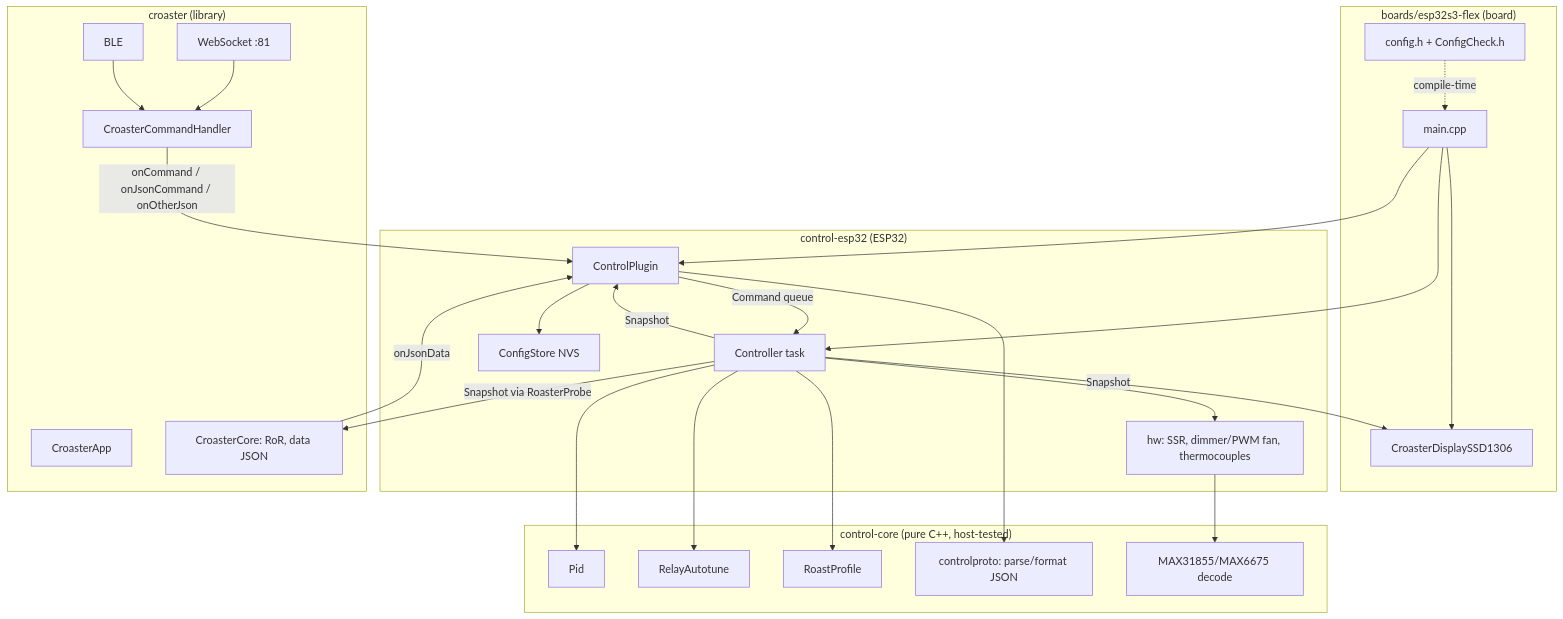
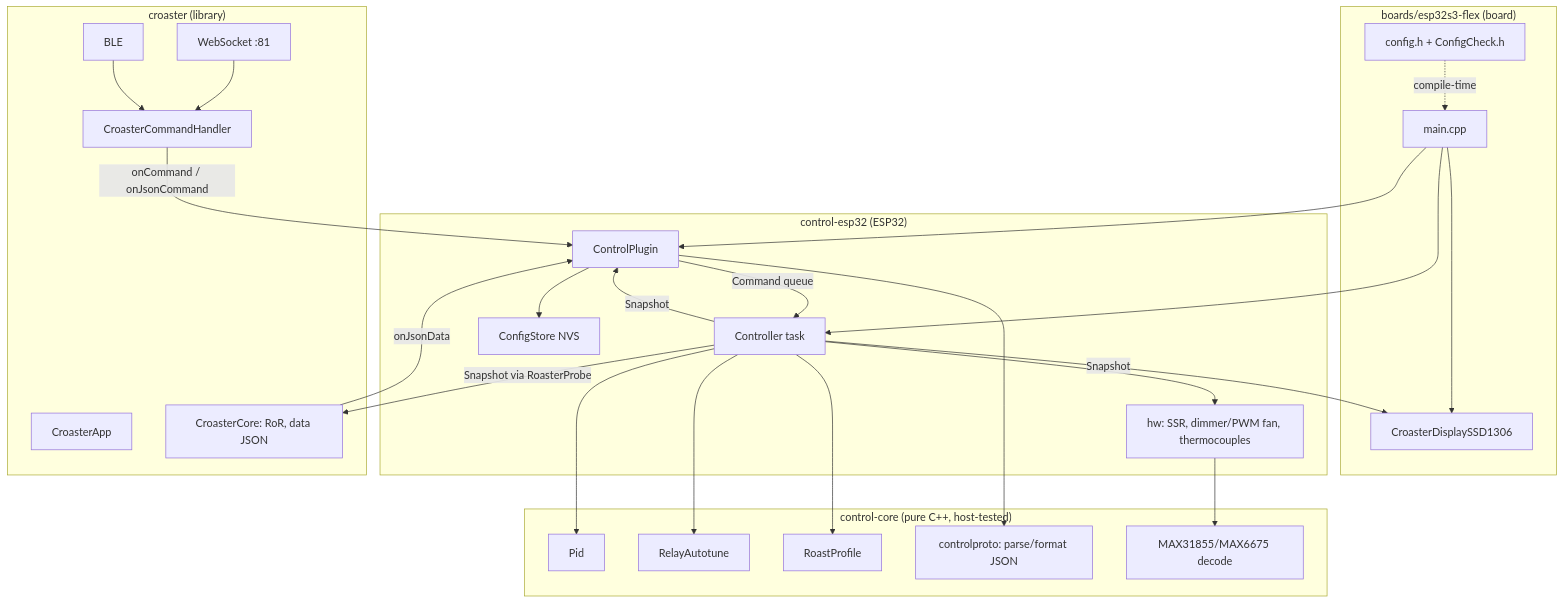
The diagram in docs/architecture.md (shawns1234/Croaster), drawn with Mermaid before and after one commit. The commit also changed other lines of this file and 15 other files, not shown here.

First line of the commit message:
Drop yaeger flat-key messages and the onOtherJson core hook (D8)

````diff
--- a/docs/architecture.md
+++ b/docs/architecture.md
@@ -59,40 +59,40 @@
 ```mermaid
 flowchart TB
     subgraph board["boards/esp32s3-flex (board)"]
         CFG[config.h + ConfigCheck.h]
         MAIN[main.cpp]
         OLED[CroasterDisplaySSD1306]
     end
     subgraph rc["control-esp32 (ESP32)"]
         PLUG[ControlPlugin]
         R[Controller task]
         HW[hw: SSR, dimmer/PWM fan, thermocouples]
         NVS[ConfigStore NVS]
     end
     subgraph core["control-core (pure C++, host-tested)"]
         PID[Pid]
         AT[RelayAutotune]
         PROF[RoastProfile]
         PROTO[controlproto: parse/format JSON]
         DEC[MAX31855/MAX6675 decode]
     end
     subgraph cl["croaster (library)"]
         APP[CroasterApp]
         CMD[CroasterCommandHandler]
         CORE[CroasterCore: RoR, data JSON]
         WS[WebSocket :81]
         BLE[BLE]
     end
     MAIN --> PLUG & R & OLED
     CFG -.compile-time.-> MAIN
     WS & BLE --> CMD
-    CMD -- onCommand / onJsonCommand / onOtherJson --> PLUG
+    CMD -- onCommand / onJsonCommand --> PLUG
     PLUG --> PROTO
     PLUG -- Command queue --> R
     R --> PID & AT & PROF & HW
     HW --> DEC
     R -- Snapshot --> PLUG & OLED
     R -- Snapshot via RoasterProbe --> CORE
     CORE -- onJsonData --> PLUG
     PLUG --> NVS
 ```
````
